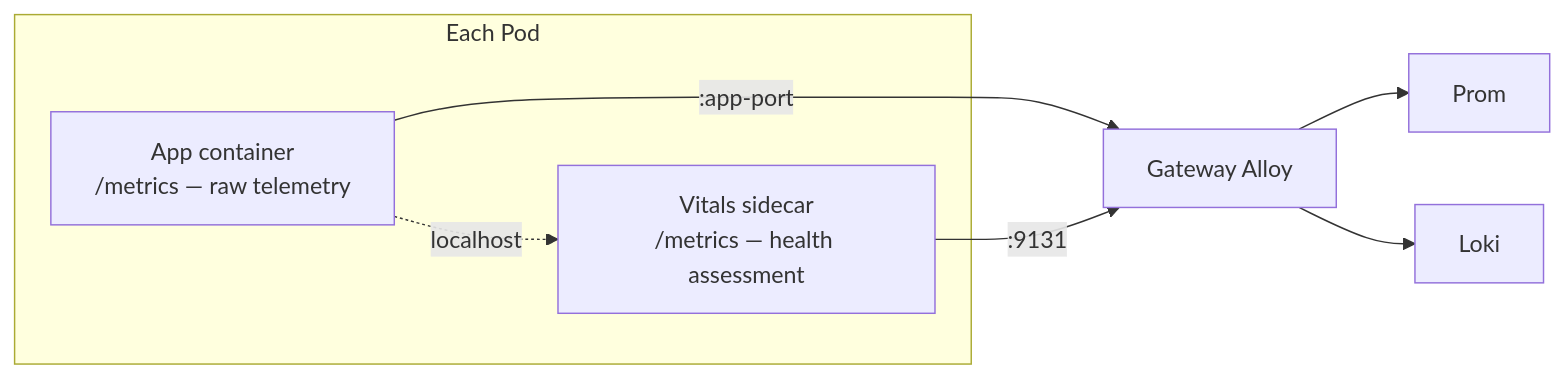
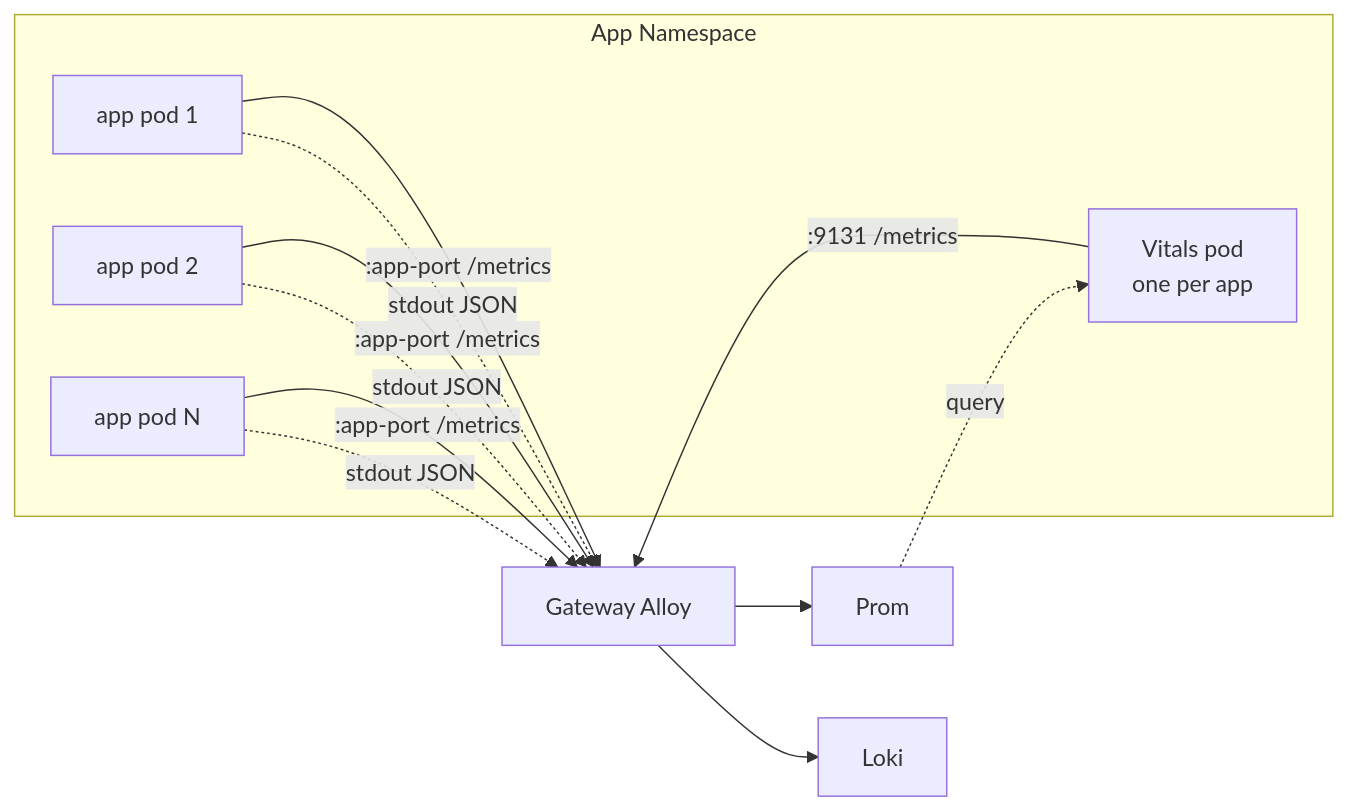
Before and after one commit to Kord96/kordinate: the first of 2 diagrams in docs/reference/patterns/observability-contract.md, drawn with Mermaid. The commit also changed other lines of this file, not shown here.

First line of the commit message:
docs: rewrite observability contract — standalone vitals, no sidecar [scribe]

````diff
--- a/docs/reference/patterns/observability-contract.md
+++ b/docs/reference/patterns/observability-contract.md
@@ -7,12 +7,14 @@
 ```mermaid
 flowchart LR
-    subgraph pod[Each Pod]
-        APP[App container<br/>/metrics — raw telemetry]
-        VIT[Vitals sidecar<br/>/metrics — health assessment]
-        APP -.->|localhost| VIT
+    subgraph ns[App Namespace]
+        A1[app pod 1] & A2[app pod 2] & A3[app pod N]
+        VIT[Vitals pod<br/>one per app]
     end
 
-    APP -->|:app-port| GA[Gateway Alloy]
-    VIT -->|:9131| GA
+    A1 & A2 & A3 -->|:app-port /metrics| GA[Gateway Alloy]
+    A1 & A2 & A3 -.->|stdout JSON| GA
+    VIT -->|:9131 /metrics| GA
     GA --> P[Prom] & L[Loki]
+
+    P -.->|query| VIT
 ```
````
